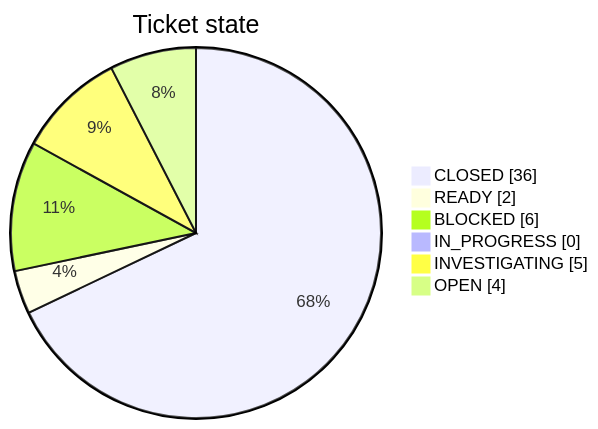
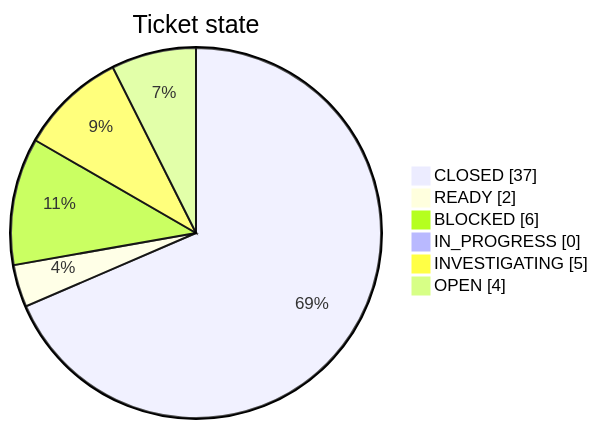
One commit to TECHSCHOLAR777/SINGLE-CHANNEL-SPEECH-SEPARATION-PROJECT changed the first of 2 diagrams in docs/restoration/ISSUE_LEDGER.md. Above: the diagram before and after it, drawn with Mermaid. The commit also changed other lines of this file and 3 other files, not shown here.

````diff
--- a/docs/restoration/ISSUE_LEDGER.md
+++ b/docs/restoration/ISSUE_LEDGER.md
@@ -95,10 +96,10 @@
 ```mermaid
 pie showData
     title Ticket state
-    "CLOSED" : 36
+    "CLOSED" : 37
     "READY" : 2
     "BLOCKED" : 6
     "IN_PROGRESS" : 0
     "INVESTIGATING" : 5
     "OPEN" : 4
 ```
````
